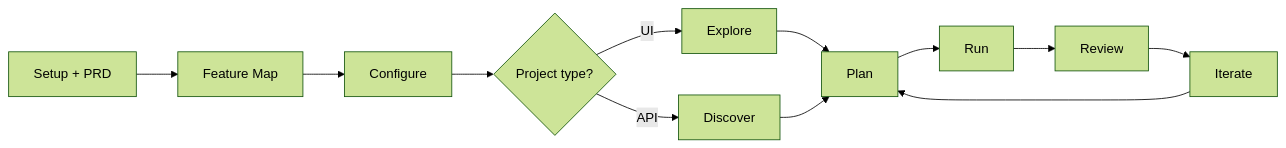
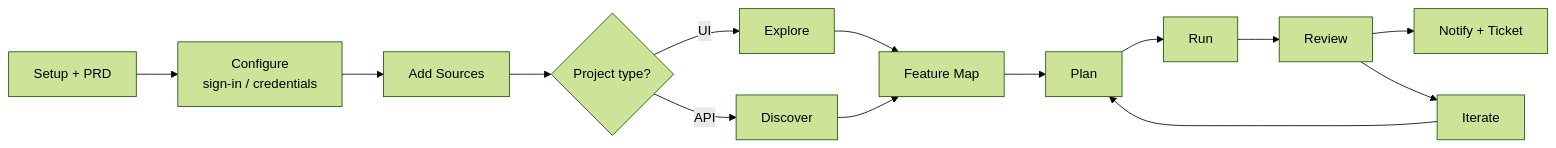
The diagram in web-portal/concepts/testing-lifecycle.mdx (TestSprite/Docs), drawn with Mermaid (forest theme) before and after one commit. The commit also changed other lines of this file and 357 other files, not shown here.

````diff
--- a/web-portal/concepts/testing-lifecycle.mdx
+++ b/web-portal/concepts/testing-lifecycle.mdx
@@ -14,14 +13,16 @@
 ```mermaid
 flowchart LR
-    A[Setup + PRD] --> M[Feature Map]
-    M --> N[Configure]
-    N --> B{Project type?}
+    A[Setup + PRD] --> N[Configure<br/>sign-in / credentials]
+    N --> S[Add Sources]
+    S --> B{Project type?}
     B -->|UI| C[Explore]
     B -->|API| H[Discover]
-    C --> D[Plan]
-    H --> D
+    C --> M[Feature Map]
+    H --> M
+    M --> D[Plan]
     D --> E[Run]
     E --> F[Review]
+    F --> T[Notify + Ticket]
     F --> G[Iterate]
     G --> D
 ```
````
